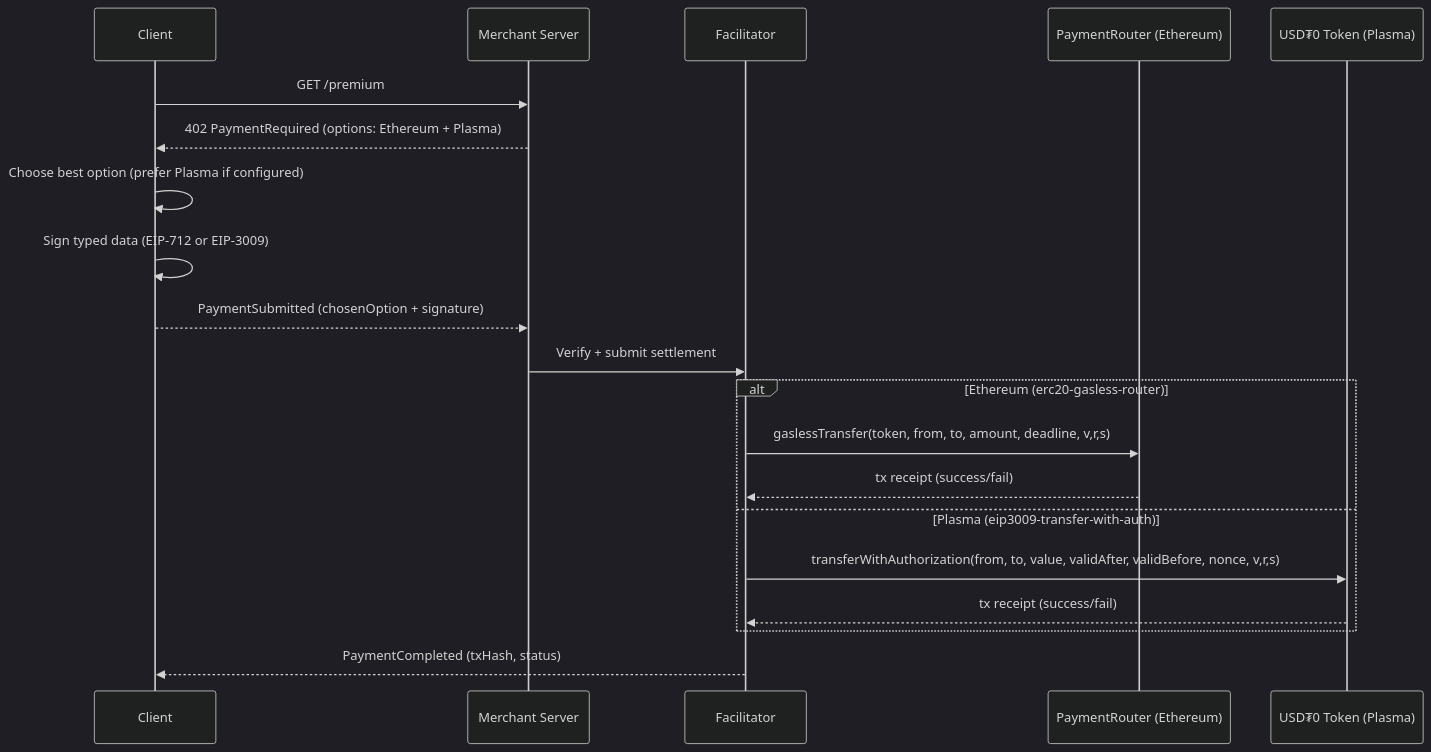
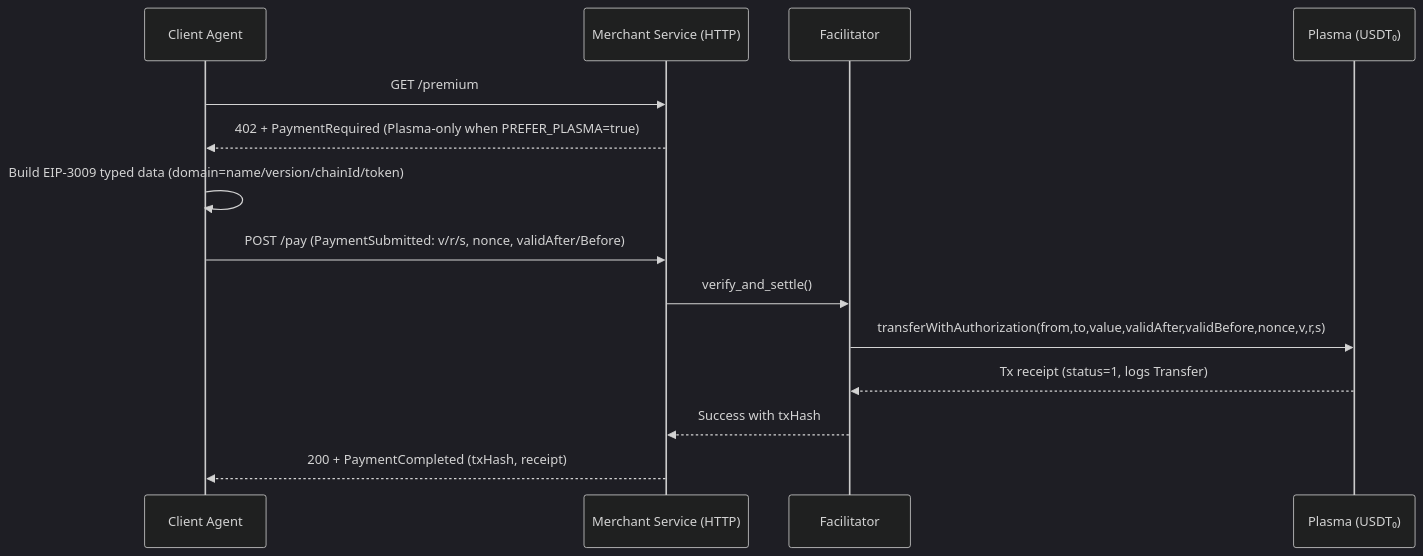
Before and after one commit to xkonjin/xUSDT: the first of 2 diagrams in README.md, drawn with Mermaid (dark theme). The commit also changed other lines of this file and 42 other files, not shown here.

Commit message:
feat(plasma-nft): add ERC-721 NFTPlasma, deploy script, Plasma minter; add product invoice endpoint; mint NFT on successful Plasma payment; extend x402 models with tokenId

````diff
--- a/README.md
+++ b/README.md
@@ -32,23 +30,17 @@
 ```mermaid
 sequenceDiagram
-  participant Client
-  participant Merchant as Merchant Server
-  participant Facilitator
-  participant Ethereum as PaymentRouter (Ethereum)
-  participant Plasma as USD₮0 Token (Plasma)
+    participant C as Client Agent
+    participant M as Merchant Service (HTTP)
+    participant F as Facilitator
+    participant P as Plasma (USDT₀)
 
-  Client->>Merchant: GET /premium
-  Merchant-->>Client: 402 PaymentRequired (options: Ethereum + Plasma)
-  Client->>Client: Choose best option (prefer Plasma if configured)
-  Client->>Client: Sign typed data (EIP-712 or EIP-3009)
-  Client-->>Merchant: PaymentSubmitted (chosenOption + signature)
-  Merchant->>Facilitator: Verify + submit settlement
-  alt Ethereum (erc20-gasless-router)
-    Facilitator->>Ethereum: gaslessTransfer(token, from, to, amount, deadline, v,r,s)
-    Ethereum-->>Facilitator: tx receipt (success/fail)
-  else Plasma (eip3009-transfer-with-auth)
-    Facilitator->>Plasma: transferWithAuthorization(from, to, value, validAfter, validBefore, nonce, v,r,s)
-    Plasma-->>Facilitator: tx receipt (success/fail)
-  end
-  Facilitator-->>Client: PaymentCompleted (txHash, status)
+    C->>M: GET /premium
+    M-->>C: 402 + PaymentRequired (Plasma-only when PREFER_PLASMA=true)
+    C->>C: Build EIP-3009 typed data (domain=name/version/chainId/token)
+    C->>M: POST /pay (PaymentSubmitted: v/r/s, nonce, validAfter/Before)
+    M->>F: verify_and_settle()
+    F->>P: transferWithAuthorization(from,to,value,validAfter,validBefore,nonce,v,r,s)
+    P-->>F: Tx receipt (status=1, logs Transfer)
+    F-->>M: Success with txHash
+    M-->>C: 200 + PaymentCompleted (txHash, receipt)
 ```
````
